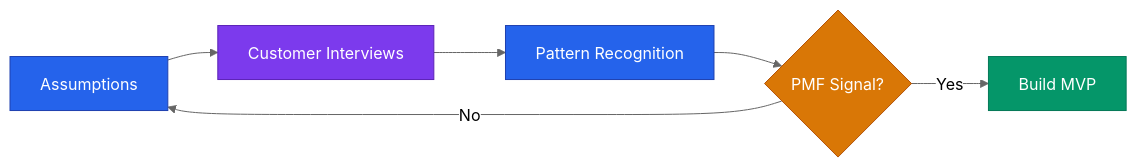
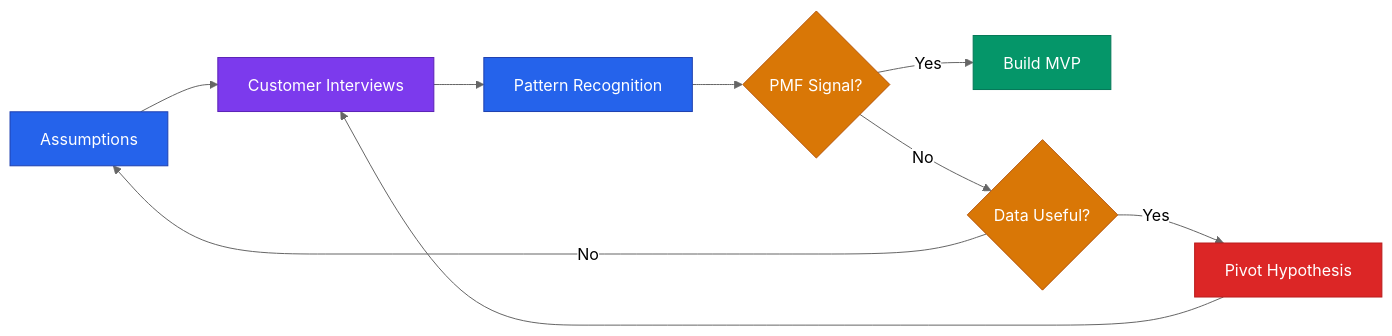
One commit to dougdevitre/access-to-business changed the diagram in references/playbooks/validation.md. Above: the diagram before and after it, drawn with Mermaid (neutral theme). The commit also changed other lines of this file and 3 other files, not shown here.

````diff
--- a/references/playbooks/validation.md
+++ b/references/playbooks/validation.md
@@ -3,13 +3,18 @@
 ```mermaid
 graph LR
     A[Assumptions] --> B[Customer Interviews]
     B --> C[Pattern Recognition]
     C --> D{PMF Signal?}
     D -- Yes --> E[Build MVP]
-    D -- No --> A
+    D -- No --> F{Data Useful?}
+    F -- Yes --> G[Pivot Hypothesis]
+    F -- No --> A
+    G --> B
     style A fill:#2563eb,stroke:#1e40af,color:#fff
     style B fill:#7c3aed,stroke:#5b21b6,color:#fff
     style C fill:#2563eb,stroke:#1e40af,color:#fff
     style D fill:#d97706,stroke:#b45309,color:#fff
     style E fill:#059669,stroke:#047857,color:#fff
+    style F fill:#d97706,stroke:#b45309,color:#fff
+    style G fill:#dc2626,stroke:#b91c1c,color:#fff
 ```
````
